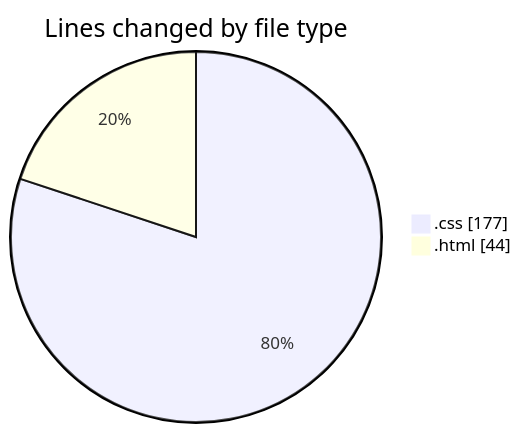
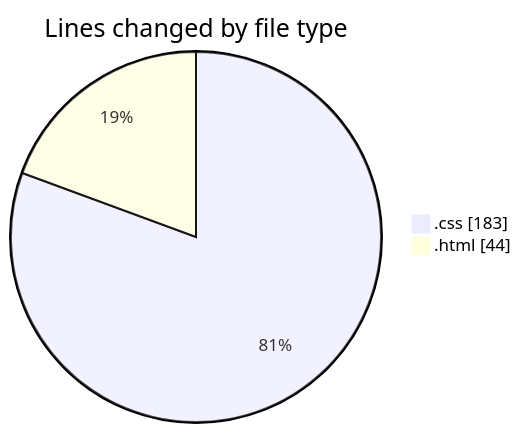
One commit to NitaiMahat/code-tracking changed the first of 2 diagrams in 2025-01-26/results-summary-component-main/README.md. Above: the diagram before and after it, drawn with Mermaid. The commit also changed other lines of this file and 1 other file, not shown here.

````diff
--- a/2025-01-26/results-summary-component-main/README.md
+++ b/2025-01-26/results-summary-component-main/README.md
@@ -21,6 +21,6 @@
 ```mermaid
 pie showData
 title Lines changed by file type
-".css" : 177
+".css" : 183
 ".html" : 44
 ```
````
